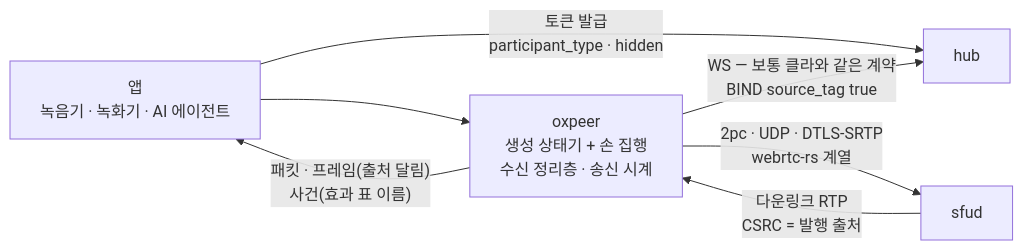
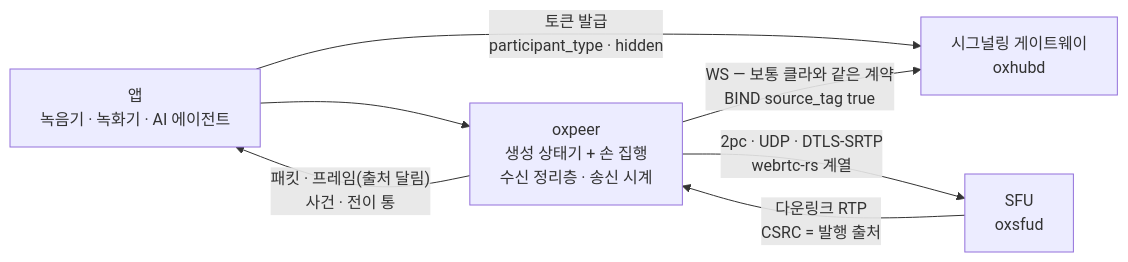
The first of 4 diagrams in docs/learn/16_OXPEER.md (kodeholic9/oxlens-sfu), drawn with Mermaid before and after one commit. The commit also changed other lines of this file and 19 other files, not shown here.

````diff
--- a/docs/learn/16_OXPEER.md
+++ b/docs/learn/16_OXPEER.md
@@ -9,9 +9,9 @@
 ```mermaid
 flowchart LR
-  APP["앱<br/>녹음기 · 녹화기 · AI 에이전트"] -- "토큰 발급<br/>participant_type · hidden" --> HUB["hub"]
+  APP["앱<br/>녹음기 · 녹화기 · AI 에이전트"] -- "토큰 발급<br/>participant_type · hidden" --> HUB["시그널링 게이트웨이<br/>oxhubd"]
   APP --> PEER["oxpeer<br/>생성 상태기 + 손 집행<br/>수신 정리층 · 송신 시계"]
   PEER -- "WS — 보통 클라와 같은 계약<br/>BIND source_tag true" --> HUB
-  PEER -- "2pc · UDP · DTLS-SRTP<br/>webrtc-rs 계열" --> SFU["sfud"]
+  PEER -- "2pc · UDP · DTLS-SRTP<br/>webrtc-rs 계열" --> SFU["SFU<br/>oxsfud"]
   SFU -- "다운링크 RTP<br/>CSRC = 발행 출처" --> PEER
-  PEER -- "패킷 · 프레임(출처 달림)<br/>사건(효과 표 이름)" --> APP
+  PEER -- "패킷 · 프레임(출처 달림)<br/>사건 · 전이 통" --> APP
 ```
````
